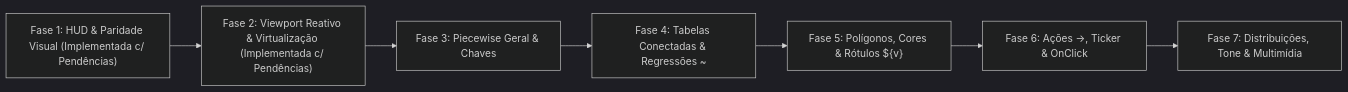
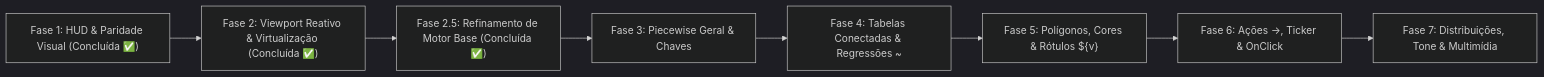
The third of 4 diagrams in estudo_profundo_desmos_e_plano_reforma.md (albengousss/Motorzaoo), drawn with Mermaid (dark theme) before and after one commit. The commit also changed other lines of this file and 8 other files, not shown here.

````diff
--- a/estudo_profundo_desmos_e_plano_reforma.md
+++ b/estudo_profundo_desmos_e_plano_reforma.md
@@ -370,9 +559,10 @@
 ```mermaid
 flowchart LR
-    F1["Fase 1: HUD & Paridade Visual (Implementada c/ Pendências)"] --> F2["Fase 2: Viewport Reativo & Virtualização (Implementada c/ Pendências)"]
-    F2 --> F3["Fase 3: Piecewise Geral & Chaves"]
+    F1["Fase 1: HUD & Paridade Visual (Concluída ✅)"] --> F2["Fase 2: Viewport Reativo & Virtualização (Concluída ✅)"]
+    F2 --> F25["Fase 2.5: Refinamento de Motor Base (Concluída ✅)"]
+    F25 --> F3["Fase 3: Piecewise Geral & Chaves"]
     F3 --> F4["Fase 4: Tabelas Conectadas & Regressões ~"]
     F4 --> F5["Fase 5: Polígonos, Cores & Rótulos ${v}"]
     F5 --> F6["Fase 6: Ações ->, Ticker & OnClick"]
     F6 --> F7["Fase 7: Distribuições, Tone & Multimídia"]
 ```
````
